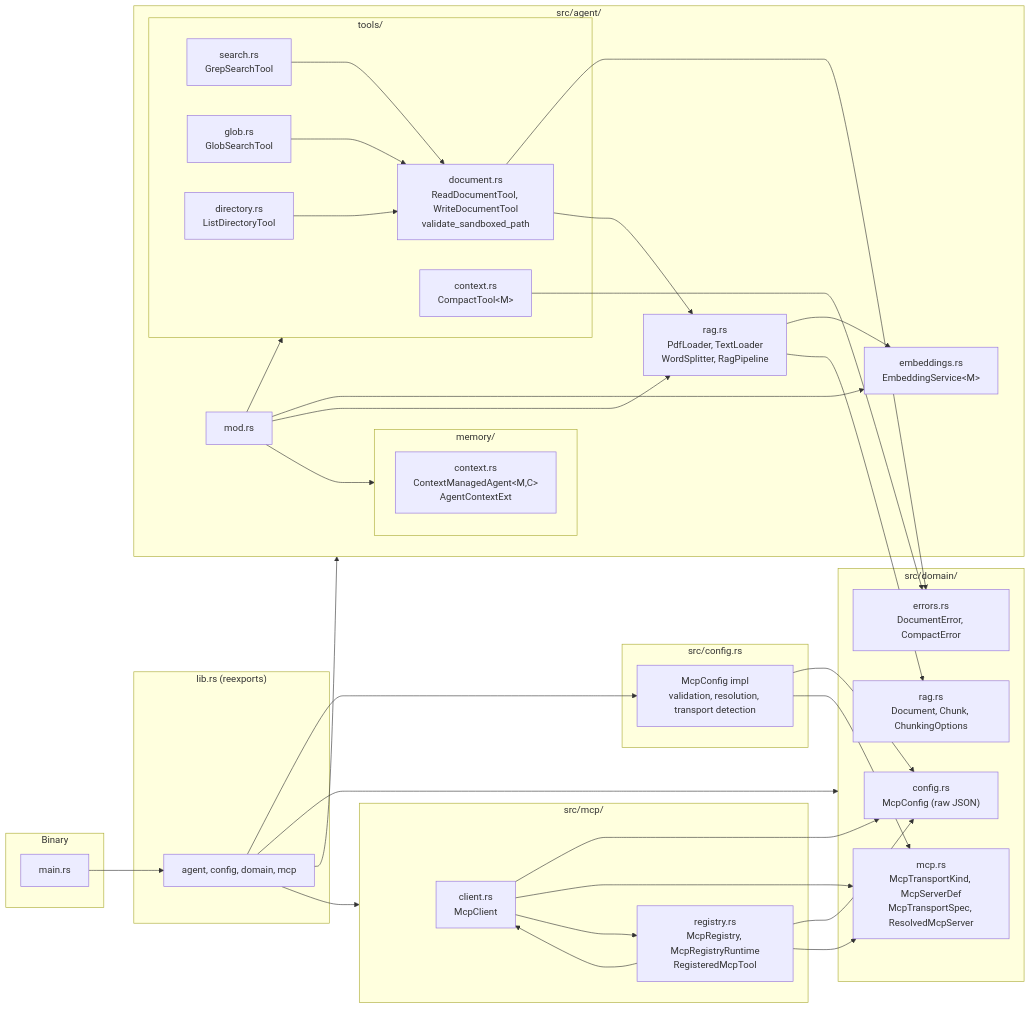
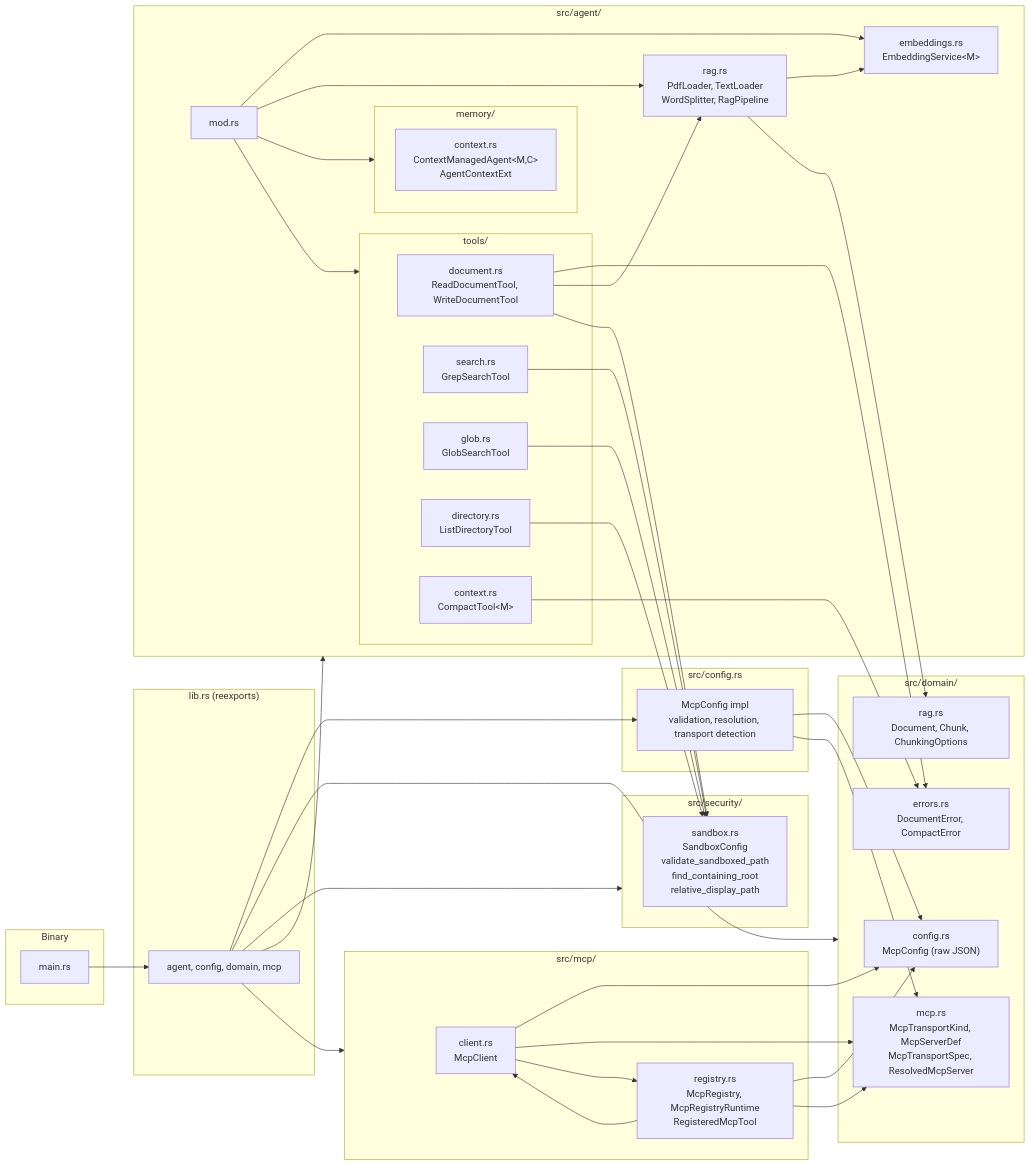
Before and after one commit to skaarfundgandr/agent_rs: the diagram in docs/diagrams/module-dependency.md, drawn with Mermaid. The commit also changed 4 other files, not shown here.

````diff
--- a/docs/diagrams/module-dependency.md
+++ b/docs/diagrams/module-dependency.md
@@ -3,76 +3,82 @@
 ```mermaid
 graph LR
     subgraph Binary
         main_rs["main.rs"]
     end
 
     subgraph lib["lib.rs (reexports)"]
         lib_rs["agent, config, domain, mcp"]
     end
 
     subgraph domain["src/domain/"]
         domain_config["config.rs<br/>McpConfig (raw JSON)"]
         domain_mcp["mcp.rs<br/>McpTransportKind, McpServerDef<br/>McpTransportSpec, ResolvedMcpServer"]
         domain_rag["rag.rs<br/>Document, Chunk, ChunkingOptions"]
         domain_errors["errors.rs<br/>DocumentError, CompactError"]
     end
 
+    subgraph security["src/security/"]
+        security_sandbox["sandbox.rs<br/>SandboxConfig<br/>validate_sandboxed_path<br/>find_containing_root<br/>relative_display_path"]
+    end
+
     subgraph config["src/config.rs"]
         config_rs["McpConfig impl<br/>validation, resolution, transport detection"]
     end
 
     subgraph agent["src/agent/"]
         agent_mod["mod.rs"]
         embeddings["embeddings.rs<br/>EmbeddingService&lt;M&gt;"]
         rag["rag.rs<br/>PdfLoader, TextLoader<br/>WordSplitter, RagPipeline"]
 
         subgraph memory["memory/"]
             context["context.rs<br/>ContextManagedAgent&lt;M,C&gt;<br/>AgentContextExt"]
         end
 
         subgraph tools["tools/"]
-            document["document.rs<br/>ReadDocumentTool, WriteDocumentTool<br/>validate_sandboxed_path"]
+            document["document.rs<br/>ReadDocumentTool, WriteDocumentTool"]
             search["search.rs<br/>GrepSearchTool"]
             glob["glob.rs<br/>GlobSearchTool"]
             directory["directory.rs<br/>ListDirectoryTool"]
             compact["context.rs<br/>CompactTool&lt;M&gt;"]
         end
     end
 
     subgraph mcp["src/mcp/"]
         client["client.rs<br/>McpClient"]
         registry["registry.rs<br/>McpRegistry, McpRegistryRuntime<br/>RegisteredMcpTool"]
     end
 
     main_rs --> lib_rs
     lib_rs --> config_rs
     lib_rs --> domain
+    lib_rs --> security
     lib_rs --> agent
     lib_rs --> mcp
 
     config_rs --> domain_config
     config_rs --> domain_mcp
 
     agent_mod --> embeddings
     agent_mod --> rag
     agent_mod --> memory
     agent_mod --> tools
 
     rag --> embeddings
     rag --> domain_rag
 
     document --> domain_errors
     document --> rag
-    search --> document
-    glob --> document
-    directory --> document
+    document --> security_sandbox
+    search --> security_sandbox
+    glob --> security_sandbox
+    directory --> security_sandbox
     compact --> domain_errors
 
     client --> domain_config
     client --> domain_mcp
     client --> registry
 
     registry --> domain_config
     registry --> domain_mcp
     registry --> client
 ```
````
